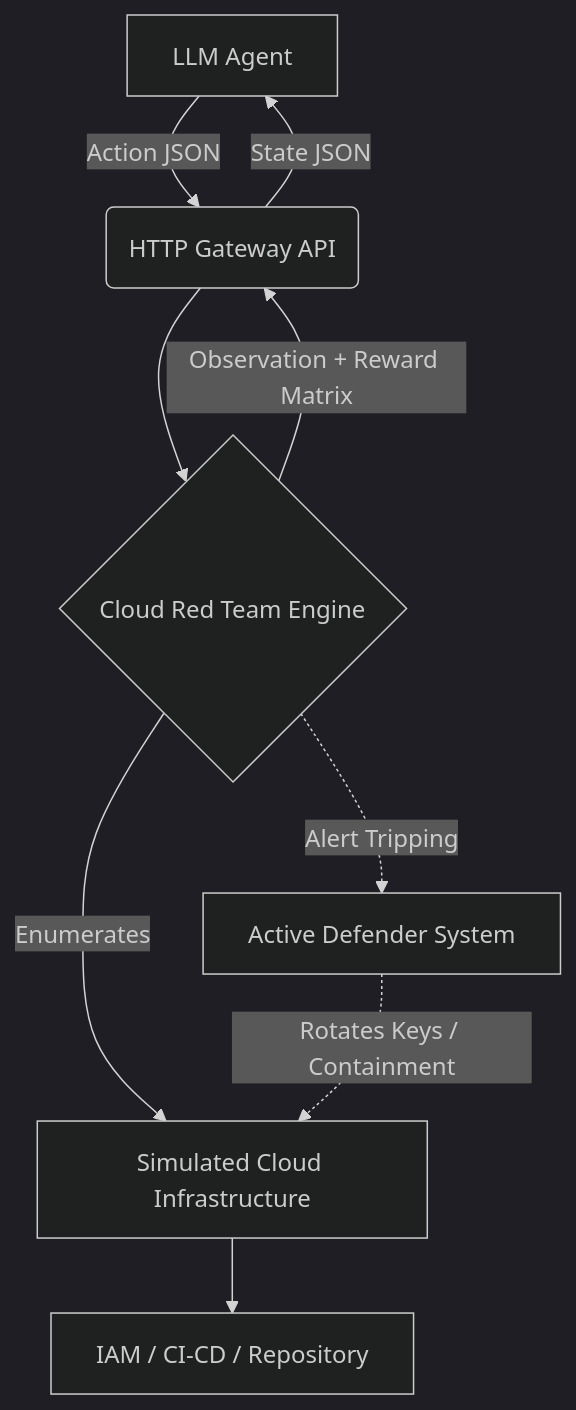
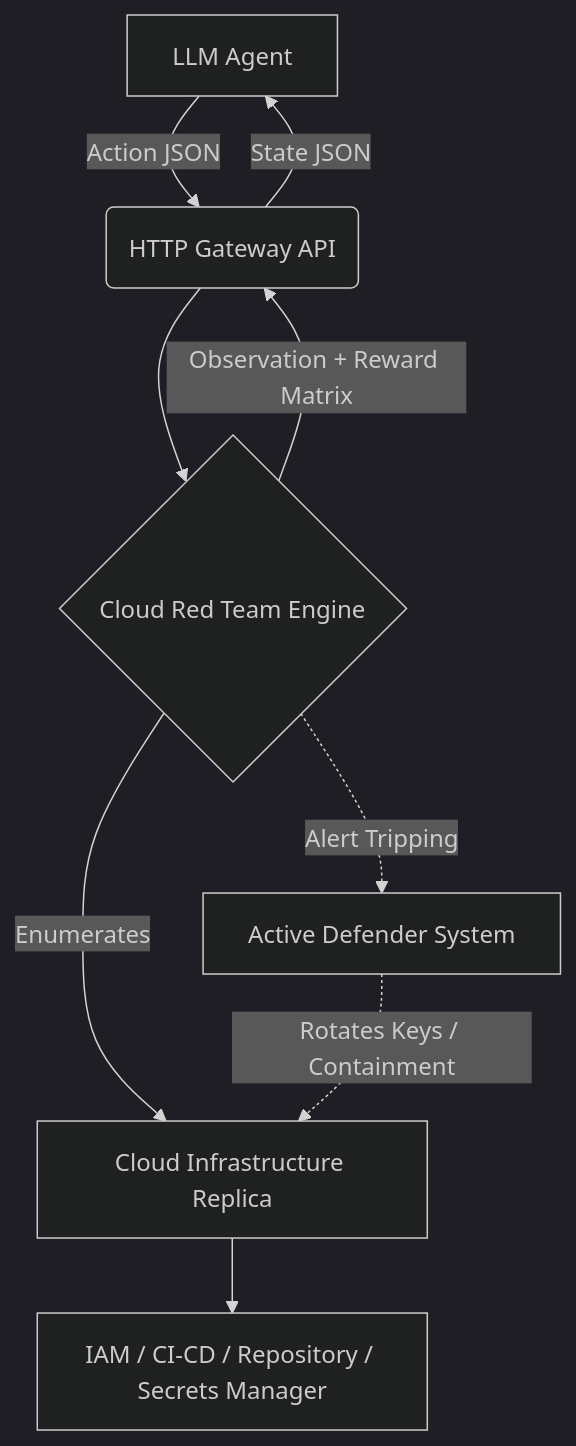
One commit to HardikWahi07/-cloud-red-team-arena changed the diagram in README.md. Above: the diagram before and after it, drawn with Mermaid (dark theme). The commit also changed other lines of this file, not shown here.

````diff
--- a/README.md
+++ b/README.md
@@ -67,14 +94,14 @@
 ```mermaid
 graph TD;
     A[LLM Agent] -->|Action JSON| B(HTTP Gateway API);
     B --> C{Cloud Red Team Engine};
     
-    C -->|Enumerates| D[Simulated Cloud Infrastructure];
-    D --> E[IAM / CI-CD / Repository];
+    C -->|Enumerates| D[Cloud Infrastructure Replica];
+    D --> E[IAM / CI-CD / Repository / Secrets Manager];
     
     C -.->|Alert Tripping| F[Active Defender System];
     F -.->|Rotates Keys / Containment| D;
     
     C -->|Observation + Reward Matrix| B;
     B -->|State JSON| A;
 ```
````
